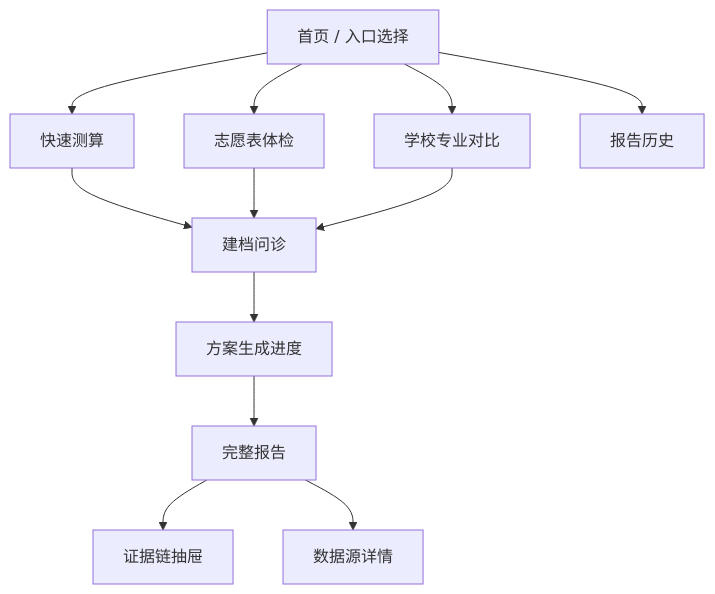
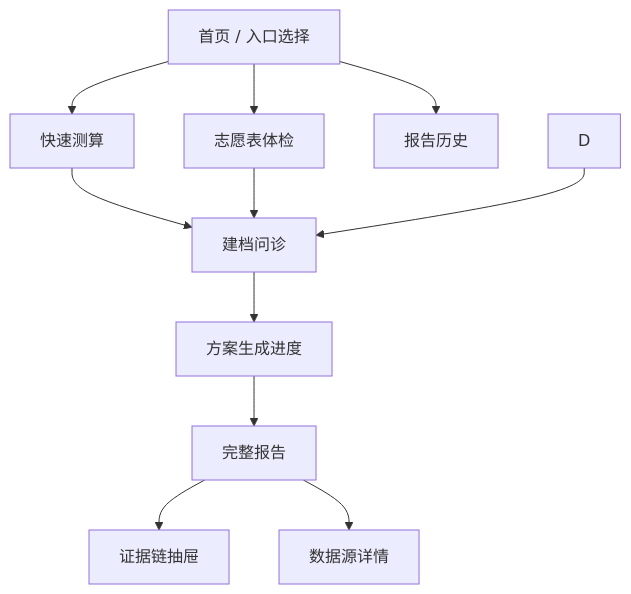
Before and after one commit to debugzhao/jin-guide: the first of 6 diagrams in docs/frontend-prd-v2.md, drawn with Mermaid. The commit also changed other lines of this file and 2 other files, not shown here.

````diff
--- a/docs/frontend-prd-v2.md
+++ b/docs/frontend-prd-v2.md
@@ -180,14 +179,13 @@
 ```mermaid
 flowchart TD
   A["首页 / 入口选择"] --> B["快速测算"]
   A --> C["志愿表体检"]
-  A --> D["学校专业对比"]
   A --> H["报告历史"]
   B --> E["建档问诊"]
   C --> E
   D --> E
   E --> F["方案生成进度"]
   F --> G["完整报告"]
   G --> G1["证据链抽屉"]
   G --> G5["数据源详情"]
 ```
````
